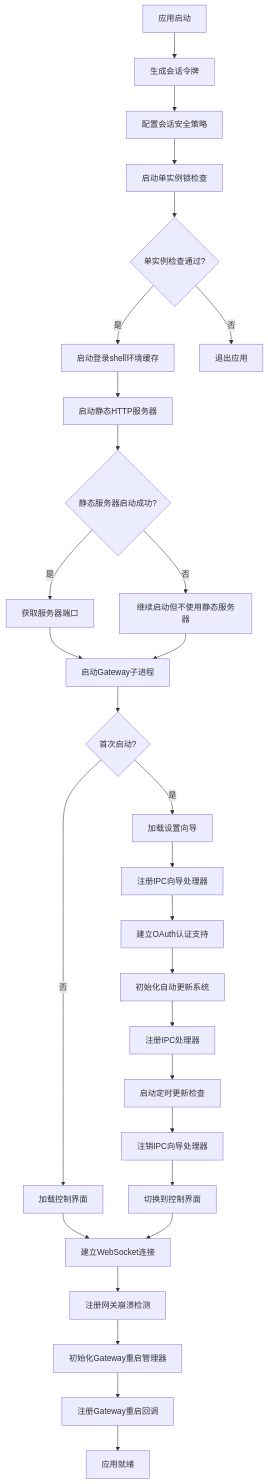
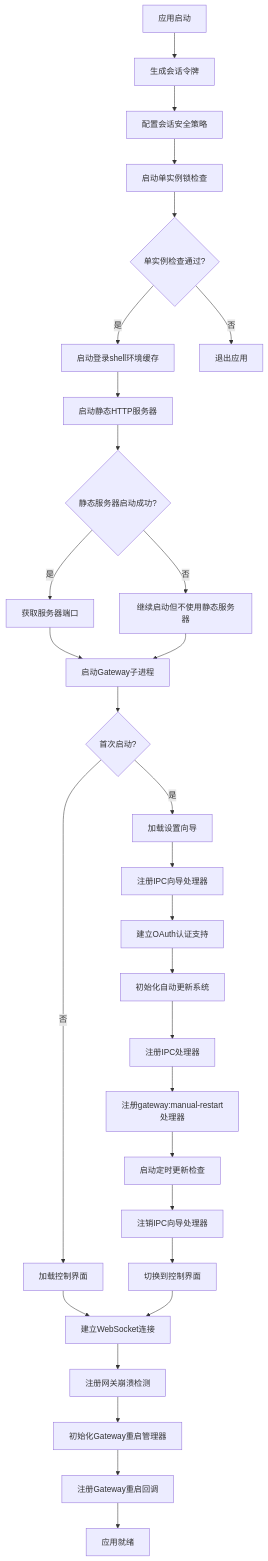
The fourth of 57 diagrams in .qoder/repowiki/zh/content/核心概念/Electron应用增强.md (verse-ai-org/openclaw), drawn with Mermaid before and after one commit. The commit also changed other lines of this file and 19 other files, not shown here.

````diff
--- a/.qoder/repowiki/zh/content/核心概念/Electron应用增强.md
+++ b/.qoder/repowiki/zh/content/核心概念/Electron应用增强.md
@@ -597,31 +776,32 @@
 ```mermaid
 flowchart TD
 A[应用启动] --> B[生成会话令牌]
 B --> C[配置会话安全策略]
 C --> D[启动单实例锁检查]
 D --> E{单实例检查通过?}
 E --> |是| F[启动登录shell环境缓存]
 E --> |否| G[退出应用]
 F --> H[启动静态HTTP服务器]
 H --> I{静态服务器启动成功?}
 I --> |是| J[获取服务器端口]
 I --> |否| K[继续启动但不使用静态服务器]
 J --> L[启动Gateway子进程]
 K --> L
 L --> M{首次启动?}
 M --> |是| N[加载设置向导]
 M --> |否| O[加载控制界面]
 N --> P[注册IPC向导处理器]
 P --> Q[建立OAuth认证支持]
 Q --> R[初始化自动更新系统]
 R --> S[注册IPC处理器]
-S --> T[启动定时更新检查]
-T --> U[注销IPC向导处理器]
-U --> V[切换到控制界面]
-O --> W[建立WebSocket连接]
-V --> W
-W --> X[注册网关崩溃检测]
-X --> Y[初始化Gateway重启管理器]
-Y --> Z[注册Gateway重启回调]
-Z --> AA[应用就绪]
+S --> T[注册gateway:manual-restart处理器]
+T --> U[启动定时更新检查]
+U --> V[注销IPC向导处理器]
+V --> W[切换到控制界面]
+O --> X[建立WebSocket连接]
+W --> X
+X --> Y[注册网关崩溃检测]
+Y --> Z[初始化Gateway重启管理器]
+Z --> AA[注册Gateway重启回调]
+AA --> BB[应用就绪]
 ```
````
